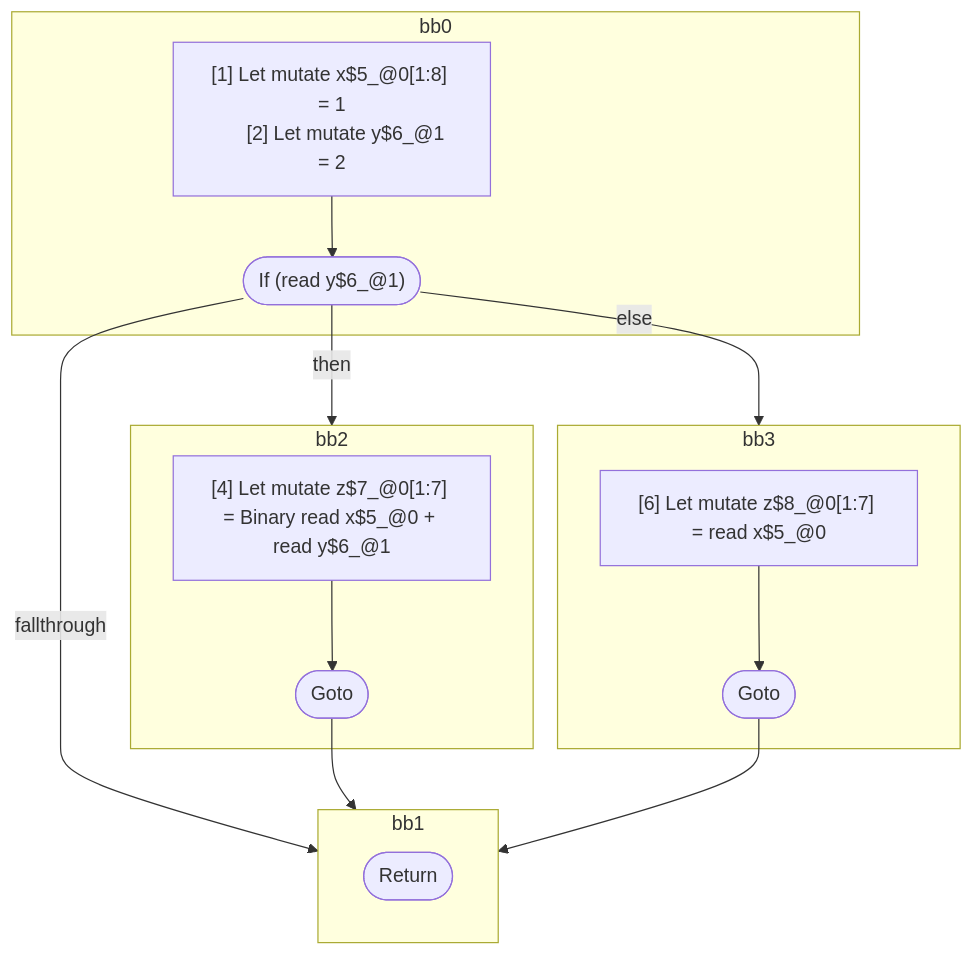
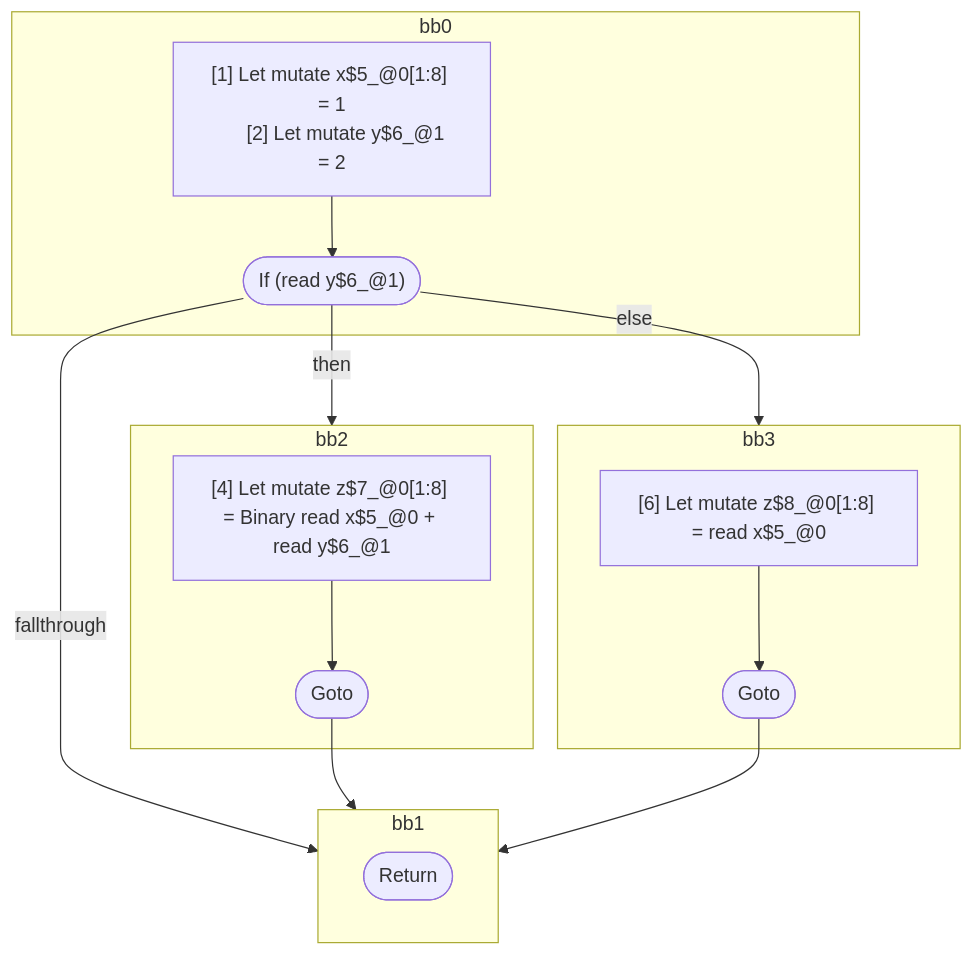
One commit to wutsmog/private changed the diagram in compiler/forget/src/__tests__/fixtures/hir/ssa-if-else.expect.md. Above: the diagram before and after it, drawn with Mermaid. The commit also changed other lines of this file and 30 other files, not shown here.

First line of the commit message:
Merge scopes that interleave or cross control-flow boundaries together

````diff
--- a/compiler/forget/src/__tests__/fixtures/hir/ssa-if-else.expect.md
+++ b/compiler/forget/src/__tests__/fixtures/hir/ssa-if-else.expect.md
@@ -40,34 +40,34 @@
 ```mermaid
 flowchart TB
   %% Basic Blocks
   subgraph bb0
     bb0_instrs["
       [1] Let mutate x$5_@0[1:8] = 1
       [2] Let mutate y$6_@1 = 2
     "]
     bb0_instrs --> bb0_terminal(["If (read y$6_@1)"])
   end
   subgraph bb2
     bb2_instrs["
-      [4] Let mutate z$7_@0[1:7] = Binary read x$5_@0 + read y$6_@1
+      [4] Let mutate z$7_@0[1:8] = Binary read x$5_@0 + read y$6_@1
     "]
     bb2_instrs --> bb2_terminal(["Goto"])
   end
   subgraph bb3
     bb3_instrs["
-      [6] Let mutate z$8_@0[1:7] = read x$5_@0
+      [6] Let mutate z$8_@0[1:8] = read x$5_@0
     "]
     bb3_instrs --> bb3_terminal(["Goto"])
   end
   subgraph bb1
     bb1_terminal(["Return"])
   end
 
   %% Jumps
   bb0_terminal -- "then" --> bb2
   bb0_terminal -- "else" --> bb3
   bb0_terminal -- "fallthrough" --> bb1
   bb2_terminal --> bb1
   bb3_terminal --> bb1
 
 ```
````
